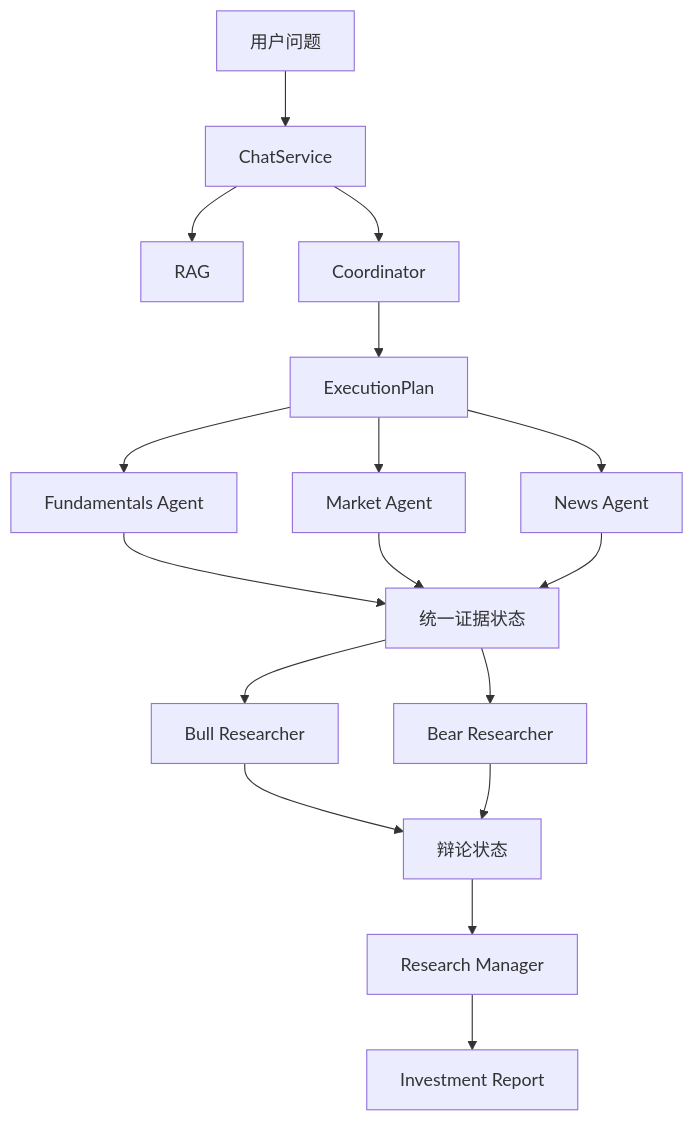
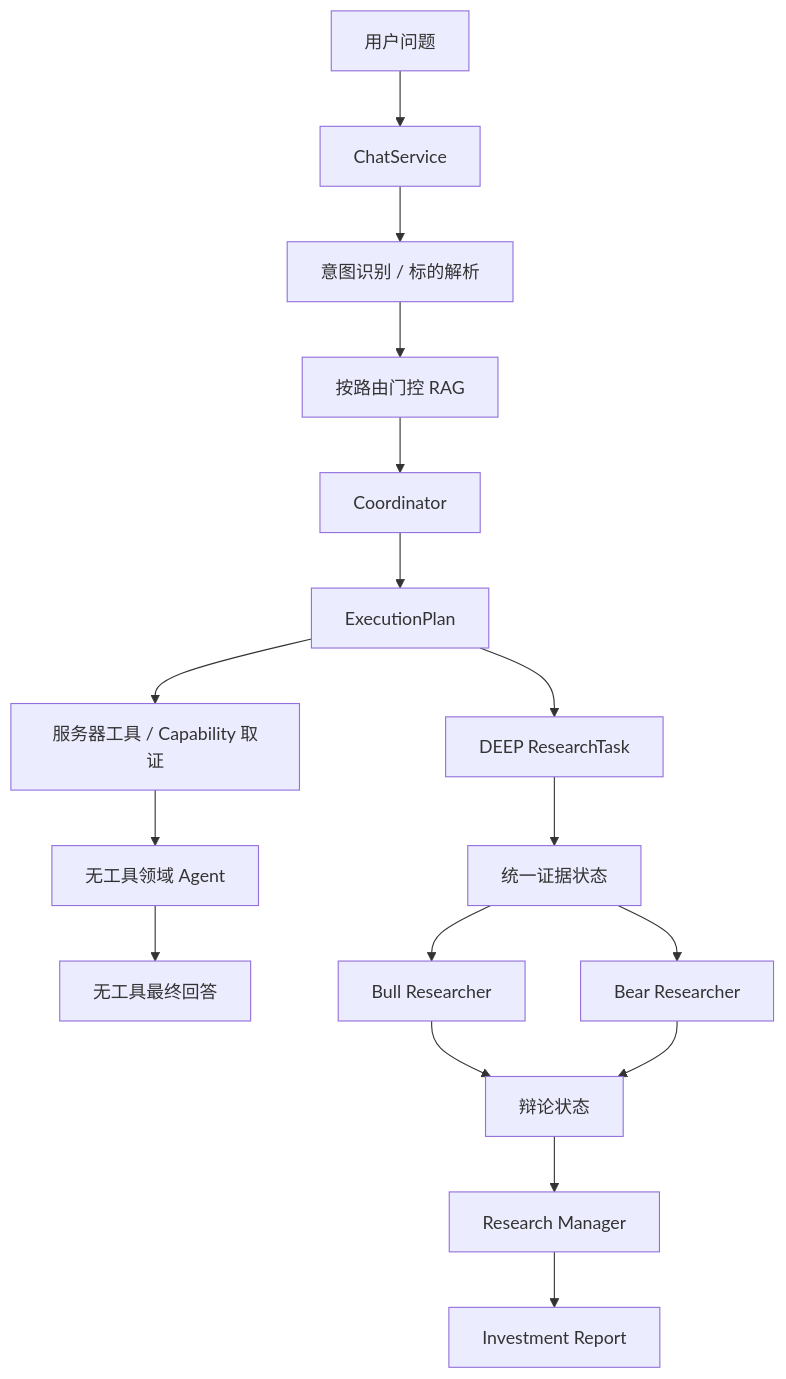
Before and after one commit to Tancaject/StockSage: the second of 3 diagrams in docs/interview/agent-module-interview-guide.md, drawn with Mermaid. The commit also changed other lines of this file and 3 other files, not shown here.

Commit message:
docs: align agent architecture guidance

````diff
--- a/docs/interview/agent-module-interview-guide.md
+++ b/docs/interview/agent-module-interview-guide.md
@@ -295,22 +295,22 @@
 ```mermaid
 flowchart TD
     U["用户问题"] --> C["ChatService"]
-    C --> R["RAG"]
-    C --> CO["Coordinator"]
+    C --> I["意图识别 / 标的解析"]
+    I --> R["按路由门控 RAG"]
+    R --> CO["Coordinator"]
     CO --> P["ExecutionPlan"]
 
-    P --> F["Fundamentals Agent"]
-    P --> M["Market Agent"]
-    P --> N["News Agent"]
+    P --> T["服务器工具 / Capability 取证"]
+    T --> A["无工具领域 Agent"]
+    A --> ANSWER["无工具最终回答"]
 
-    F --> E["统一证据状态"]
-    M --> E
-    N --> E
+    P --> RT["DEEP ResearchTask"]
+    RT --> E["统一证据状态"]
 
     E --> BULL["Bull Researcher"]
     E --> BEAR["Bear Researcher"]
     BULL --> D["辩论状态"]
     BEAR --> D
     D --> RM["Research Manager"]
     RM --> REPORT["Investment Report"]
 ```
````
